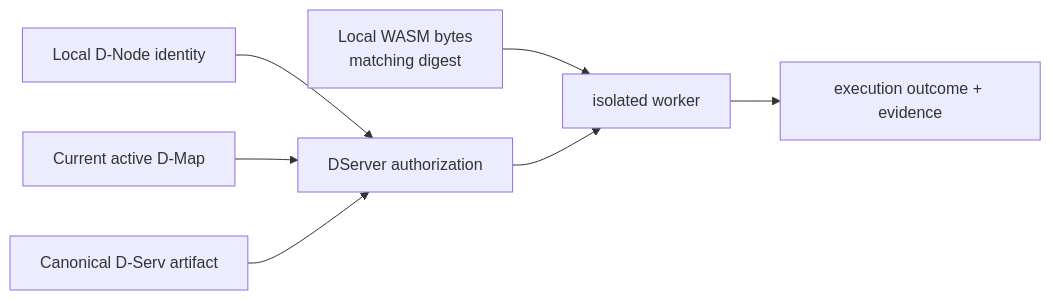
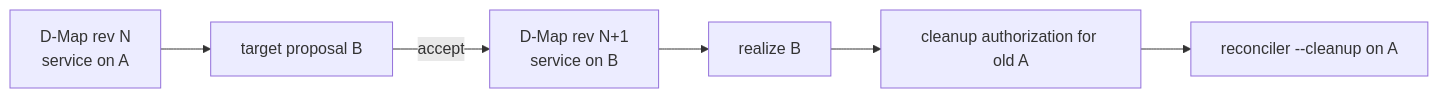
Before and after one commit to dnredson/datum-docs: the fourth of 5 diagrams in docs/tutorials/runtime-realization.md, drawn with Mermaid. The commit also changed other lines of this file and 10 other files, not shown here.

````diff
--- a/docs/tutorials/runtime-realization.md
+++ b/docs/tutorials/runtime-realization.md
@@ -96,9 +181,8 @@
 ```mermaid
 flowchart LR
-    ID["Local D-Node identity"] --> AUTH["DServer authorization"]
-    MAP["Current active D-Map"] --> AUTH
-    DESC["Canonical D-Serv artifact"] --> AUTH
-    BYTES["Local WASM bytes\nmatching digest"] --> WORKER["isolated worker"]
-    AUTH --> WORKER
-    WORKER --> OUT["execution outcome + evidence"]
+    A["D-Map rev N\nservice on A"] --> P["target proposal B"]
+    P -->|"accept"| B["D-Map rev N+1\nservice on B"]
+    B --> RB["realize B"]
+    RB --> CA["cleanup authorization for old A"]
+    CA --> CL["reconciler --cleanup on A"]
 ```
````
